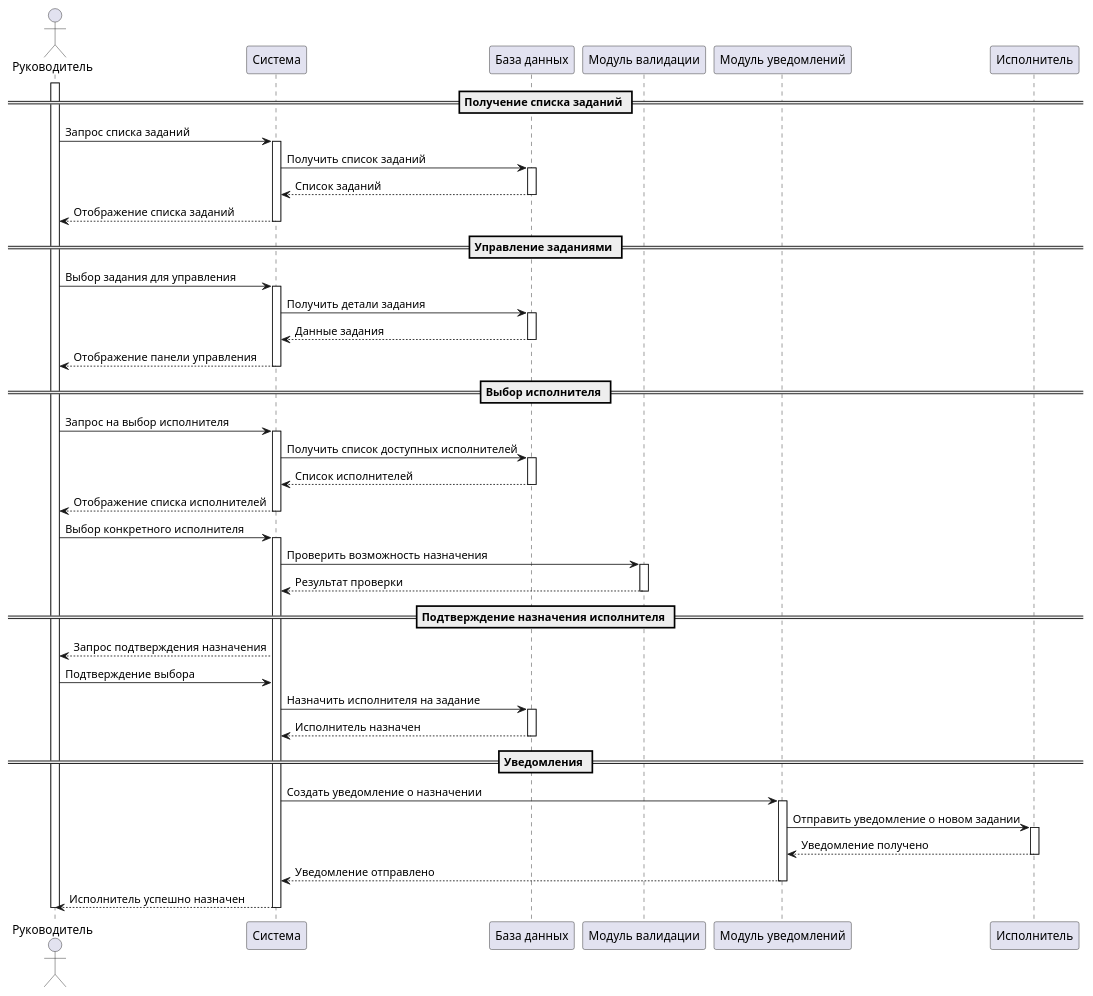
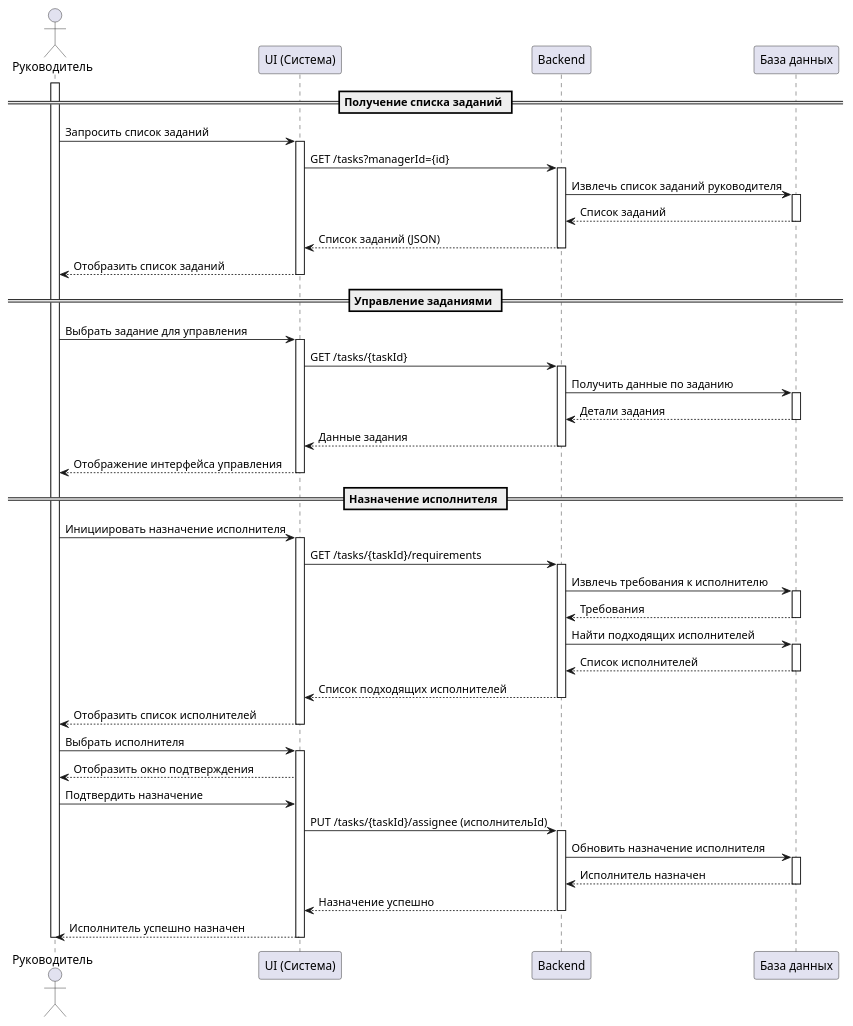
The diagram in Прецеденты/ПР2/Диаграмма последовательности_ Управление заданиями и Выбор исполнителя.md (penamarth/bsbo-03-23_team2_var7_timemanagement), drawn with PlantUML before and after one commit.

Commit message:
Update Диаграмма последовательности_ Управление заданиями и Выбор исполнителя.md

````diff
--- a/Прецеденты/ПР2/Диаграмма последовательности_ Управление заданиями и Выбор исполнителя.md
+++ b/Прецеденты/ПР2/Диаграмма последовательности_ Управление заданиями и Выбор исполнителя.md
@@ -1,69 +1,74 @@
+```plantuml
 @startuml
 actor Руководитель
-participant "Система" as Система
-participant "База данных" as БД
-participant "Модуль валидации" as Валидация
-participant "Модуль уведомлений" as Уведомления
-participant "Исполнитель" as Исполнитель
+participant "UI (Система)" as UI
+participant "Backend" as BE
+participant "База данных" as DB
 
 activate Руководитель
 
 == Получение списка заданий ==
-Руководитель -> Система: Запрос списка заданий
-activate Система
-Система -> БД: Получить список заданий
-activate БД
-БД --> Система: Список заданий
-deactivate БД
-Система --> Руководитель: Отображение списка заданий
-deactivate Система
+Руководитель -> UI: Запросить список заданий
+activate UI
+UI -> BE: GET /tasks?managerId={id}
+activate BE
+BE -> DB: Извлечь список заданий руководителя
+activate DB
+DB --> BE: Список заданий
+deactivate DB
+BE --> UI: Список заданий (JSON)
+deactivate BE
+UI --> Руководитель: Отобразить список заданий
+deactivate UI
 
 == Управление заданиями ==
-Руководитель -> Система: Выбор задания для управления
-activate Система
-Система -> БД: Получить детали задания
-activate БД
-БД --> Система: Данные задания
-deactivate БД
-Система --> Руководитель: Отображение панели управления
-deactivate Система
+Руководитель -> UI: Выбрать задание для управления
+activate UI
+UI -> BE: GET /tasks/{taskId}
+activate BE
+BE -> DB: Получить данные по заданию
+activate DB
+DB --> BE: Детали задания
+deactivate DB
+BE --> UI: Данные задания
+deactivate BE
+UI --> Руководитель: Отображение интерфейса управления
+deactivate UI
 
-== Выбор исполнителя ==
-Руководитель -> Система: Запрос на выбор исполнителя
-activate Система
-Система -> БД: Получить список доступных исполнителей
-activate БД
-БД --> Система: Список исполнителей
-deactivate БД
-Система --> Руководитель: Отображение списка исполнителей
-deactivate Система
+== Назначение исполнителя ==
+Руководитель -> UI: Инициировать назначение исполнителя
+activate UI
+UI -> BE: GET /tasks/{taskId}/requirements
+activate BE
+BE -> DB: Извлечь требования к исполнителю
+activate DB
+DB --> BE: Требования
+deactivate DB
 
-Руководитель -> Система: Выбор конкретного исполнителя
-activate Система
-Система -> Валидация: Проверить возможность назначения
-activate Валидация
-Валидация --> Система: Результат проверки
-deactivate Валидация
+BE -> DB: Найти подходящих исполнителей
+activate DB
+DB --> BE: Список исполнителей
+deactivate DB
+BE --> UI: Список подходящих исполнителей
+deactivate BE
+UI --> Руководитель: Отобразить список исполнителей
+deactivate UI
 
-== Подтверждение назначения исполнителя ==
-Система --> Руководитель: Запрос подтверждения назначения
-Руководитель -> Система: Подтверждение выбора
-Система -> БД: Назначить исполнителя на задание
-activate БД
-БД --> Система: Исполнитель назначен
-deactivate БД
+Руководитель -> UI: Выбрать исполнителя
+activate UI
+UI --> Руководитель: Отобразить окно подтверждения
+Руководитель -> UI: Подтвердить назначение
 
-== Уведомления ==
-Система -> Уведомления: Создать уведомление о назначении
-activate Уведомления
-Уведомления -> Исполнитель: Отправить уведомление о новом задании
-activate Исполнитель
-Исполнитель --> Уведомления: Уведомление получено
-deactivate Исполнитель
-Уведомления --> Система: Уведомление отправлено
-deactivate Уведомления
-
-Система --> Руководитель: Исполнитель успешно назначен
-deactivate Система
+UI -> BE: PUT /tasks/{taskId}/assignee (исполнительId)
+activate BE
+BE -> DB: Обновить назначение исполнителя
+activate DB
+DB --> BE: Исполнитель назначен
+deactivate DB
+BE --> UI: Назначение успешно
+deactivate BE
+UI --> Руководитель: Исполнитель успешно назначен
+deactivate UI
 deactivate Руководитель
 @enduml
+```
````
